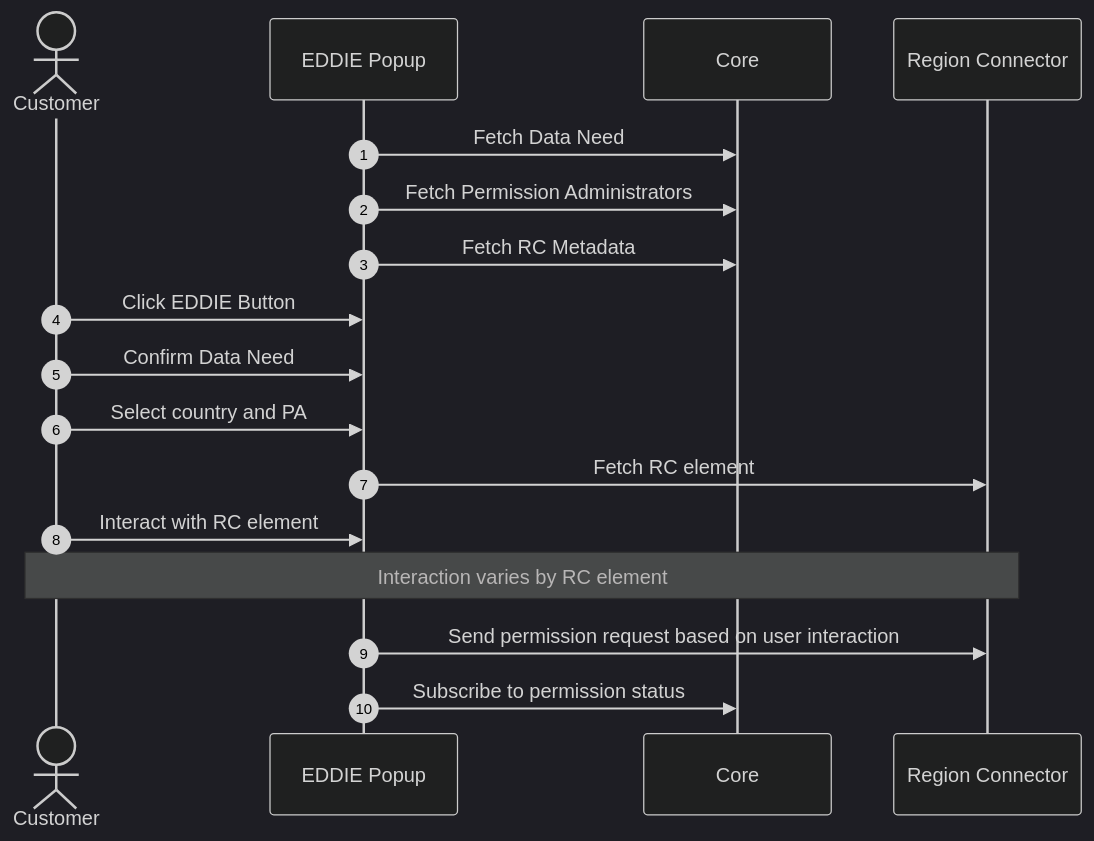
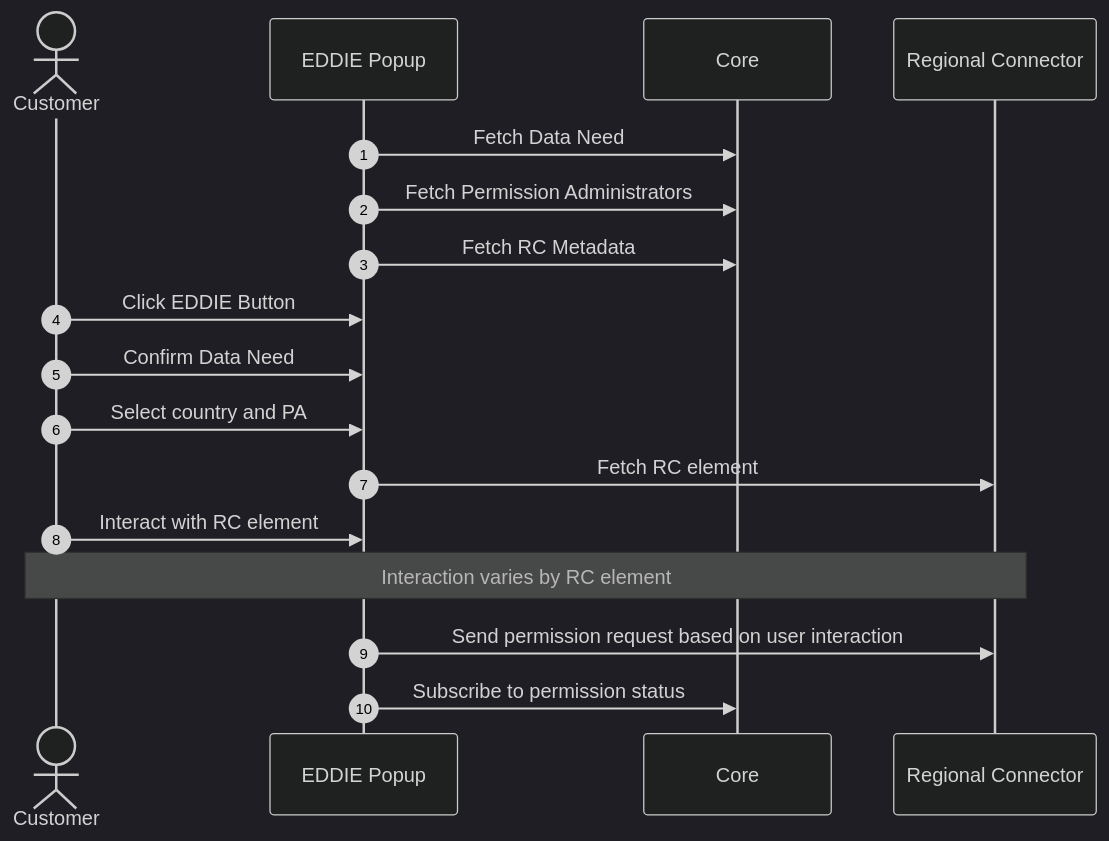
Before and after one commit to eddie-energy/architecture: the diagram in arc42/eddie-framework/runtime-view/runtime-view.md, drawn with Mermaid (dark theme). The commit also changed other lines of this file and 1 other file, not shown here.

Commit message:
Part of #126: Added folders and files for individual components and fixed broken links.

````diff
--- a/arc42/eddie-framework/runtime-view/runtime-view.md
+++ b/arc42/eddie-framework/runtime-view/runtime-view.md
@@ -13,20 +13,20 @@
 ```mermaid
 sequenceDiagram
 	autonumber
 	actor Customer
 	participant Popup as EDDIE Popup
 	participant Core
-	participant RC as Region Connector
+	participant RC as Regional Connector
 
 	Popup->>Core: Fetch Data Need
 	Popup->>Core: Fetch Permission Administrators
 	Popup->>Core: Fetch RC Metadata
 	Customer->>Popup: Click EDDIE Button
 	Customer->>Popup: Confirm Data Need
 	Customer->>Popup: Select country and PA
 	Popup->>RC: Fetch RC element
 	Customer->>Popup: Interact with RC element
 	Note over Customer,RC: Interaction varies by RC element
 	Popup->>RC: Send permission request based on user interaction
 	Popup->>Core: Subscribe to permission status
 ```
````
